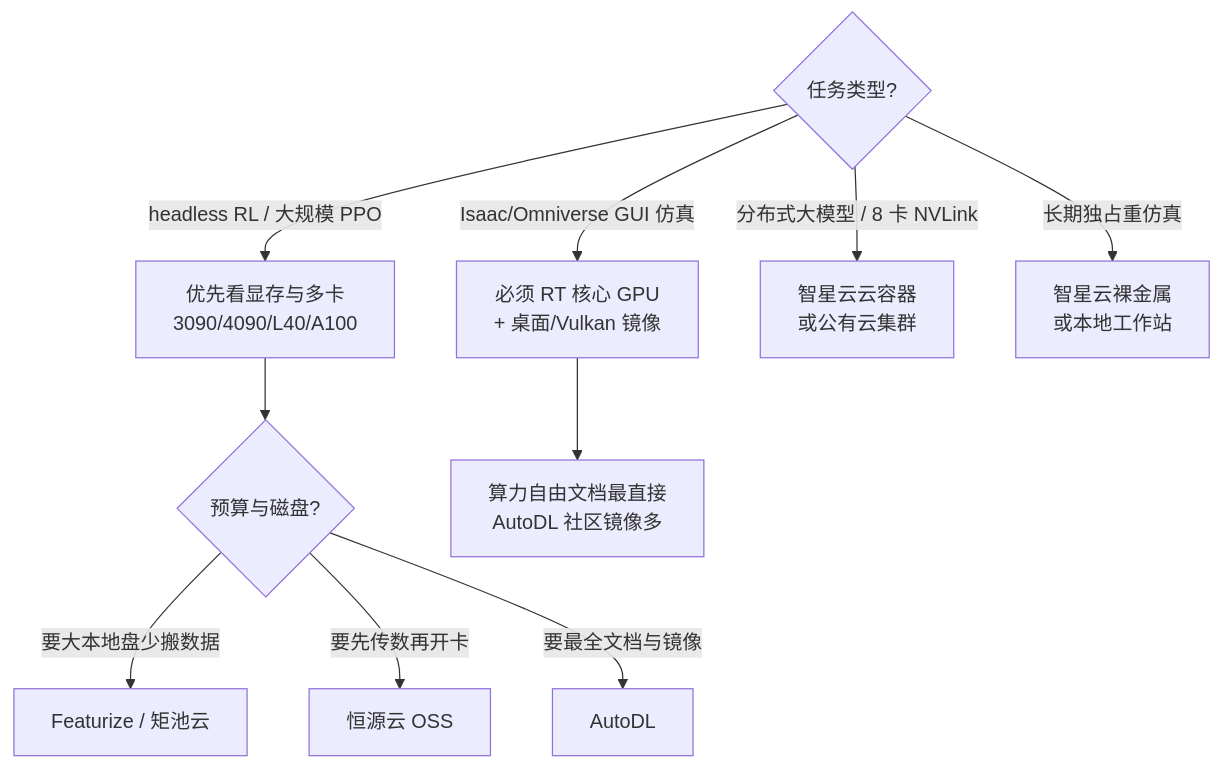
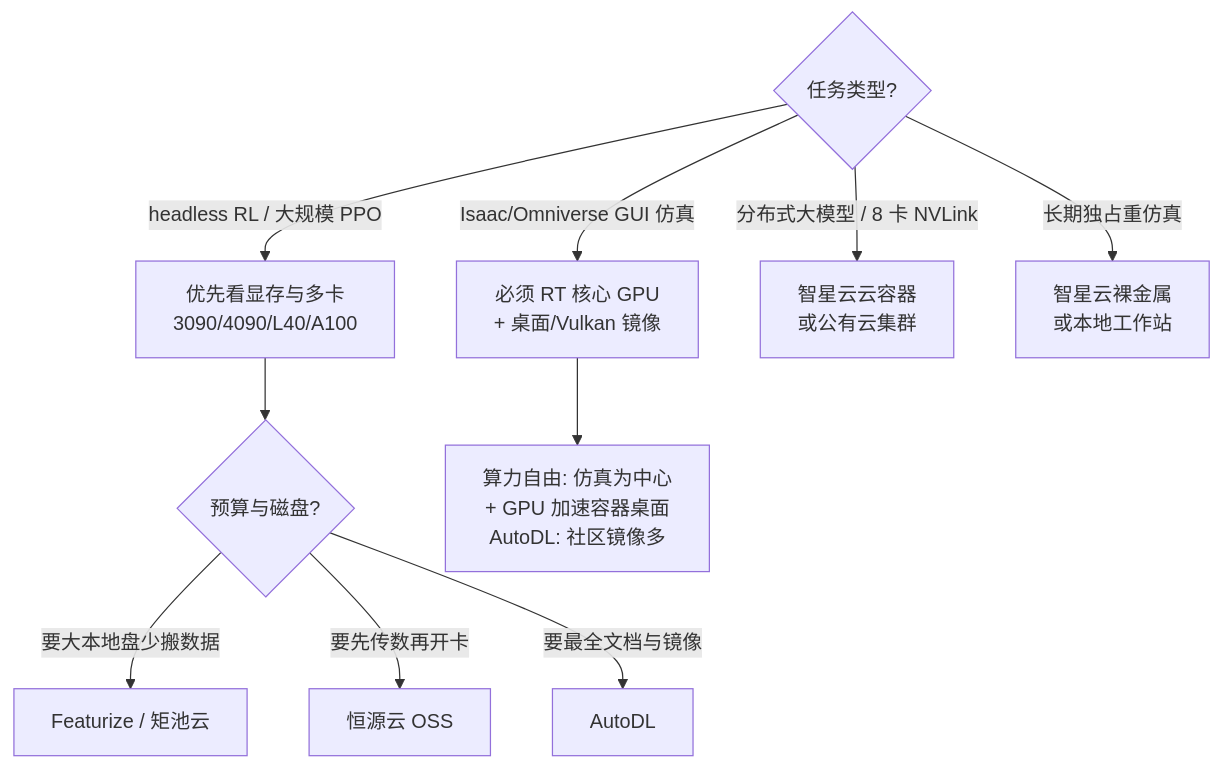
Before and after one commit to ImChong/Robotics_Notebooks: the diagram in wiki/comparisons/china-gpu-cloud-platforms.md, drawn with Mermaid. The commit also changed other lines of this file and 5 other files, not shown here.

````diff
--- a/wiki/comparisons/china-gpu-cloud-platforms.md
+++ b/wiki/comparisons/china-gpu-cloud-platforms.md
@@ -72,13 +72,13 @@
 ```mermaid
 flowchart TD
   Q1{"任务类型?"}
   Q1 -->|headless RL / 大规模 PPO| H["优先看显存与多卡\n3090/4090/L40/A100"]
   Q1 -->|Isaac/Omniverse GUI 仿真| G["必须 RT 核心 GPU\n+ 桌面/Vulkan 镜像"]
   Q1 -->|分布式大模型 / 8 卡 NVLink| N["智星云云容器\n或公有云集群"]
   Q1 -->|长期独占重仿真| B["智星云裸金属\n或本地工作站"]
   H --> Q2{"预算与磁盘?"}
-  G --> PF["算力自由文档最直接\nAutoDL 社区镜像多"]
+  G --> PF["算力自由: 仿真为中心\n+ GPU 加速容器桌面\nAutoDL: 社区镜像多"]
   Q2 -->|要大本地盘少搬数据| F[Featurize / 矩池云]
   Q2 -->|要先传数再开卡| GP[恒源云 OSS]
   Q2 -->|要最全文档与镜像| AD[AutoDL]
 ```
````
